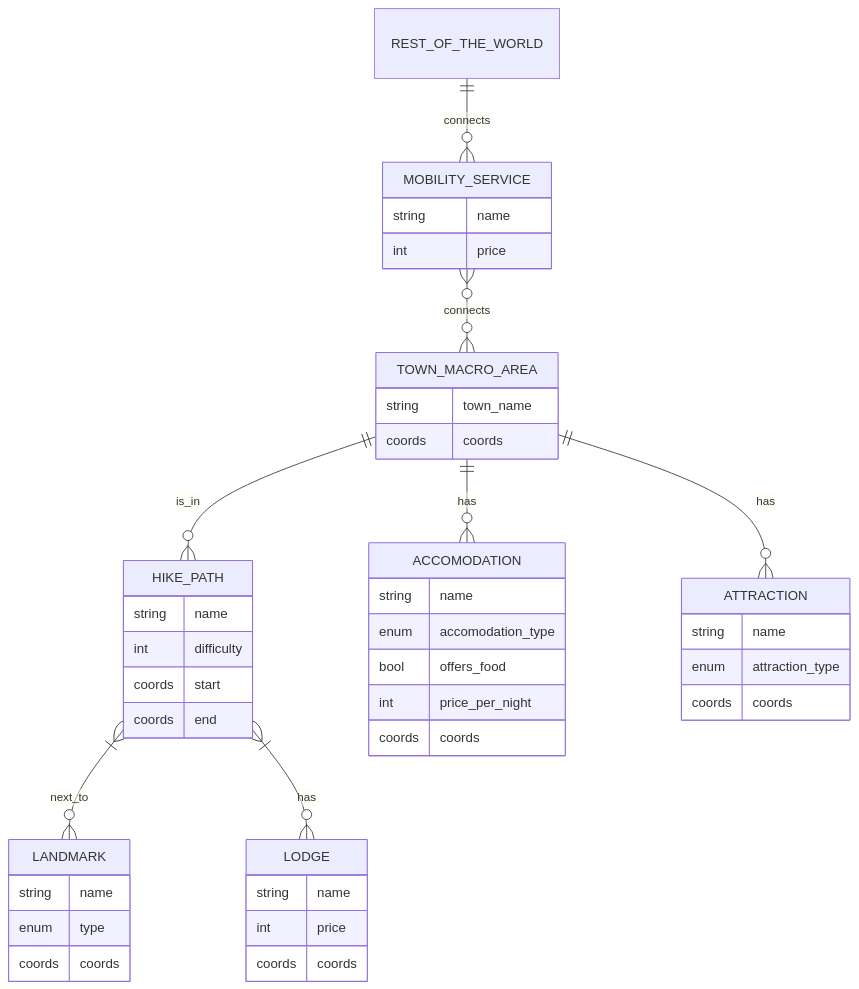
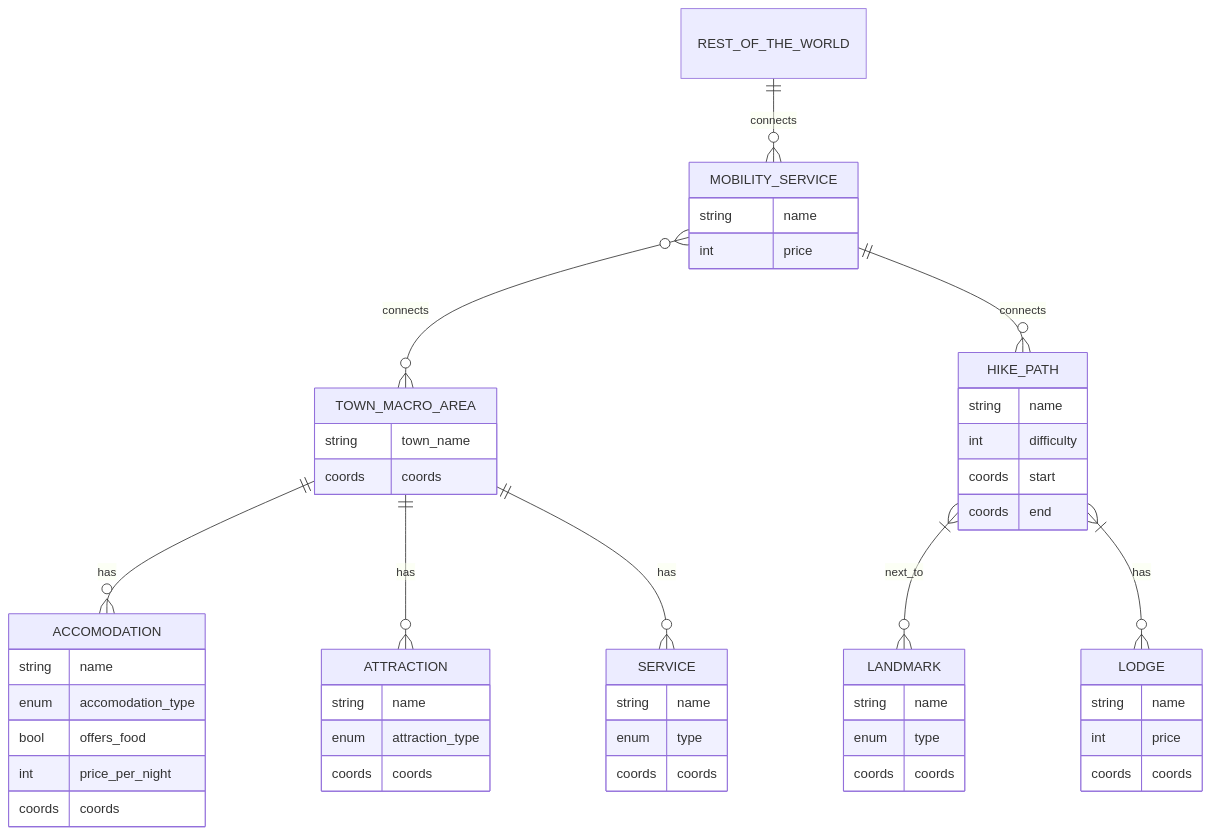
One commit to Ezpeon/KG_2026_SGMK changed the diagram in notes/purpose_notes.md. Above: the diagram before and after it, drawn with Mermaid. The commit also changed other lines of this file, not shown here.

````diff
--- a/notes/purpose_notes.md
+++ b/notes/purpose_notes.md
@@ -66,48 +93,54 @@
 ```mermaid
 erDiagram
     HIKE_PATH  }|--o{ LANDMARK : next_to
     HIKE_PATH  }|--o{ LODGE : has
     TOWN_MACRO_AREA  ||--o{ ACCOMODATION : has
     MOBILITY_SERVICE  }o--o{ TOWN_MACRO_AREA : connects
-    TOWN_MACRO_AREA  ||--o{ HIKE_PATH : is_in
+    MOBILITY_SERVICE  ||--o{ HIKE_PATH : connects
     REST_OF_THE_WORLD  ||--o{ MOBILITY_SERVICE : connects
     TOWN_MACRO_AREA  ||--o{ ATTRACTION : has
+    TOWN_MACRO_AREA  ||--o{ SERVICE : has
 
     HIKE_PATH {
         string name
         int difficulty
         coords start
         coords end
     }
     LANDMARK {
         string name
         enum type
         coords coords
     }
     LODGE {
         string name
         int price
         coords coords
     }
     TOWN_MACRO_AREA{
         string town_name
         coords coords
     }
     ATTRACTION{
         string name
         enum attraction_type
         coords coords
     }
     ACCOMODATION{
         string name
         enum accomodation_type
         bool offers_food
         int price_per_night
         coords coords
     }
     MOBILITY_SERVICE{
         string name
         int price
     }
+    SERVICE{
+        string name
+        enum type
+        coords coords
+    }
     REST_OF_THE_WORLD{}
 ```
````
